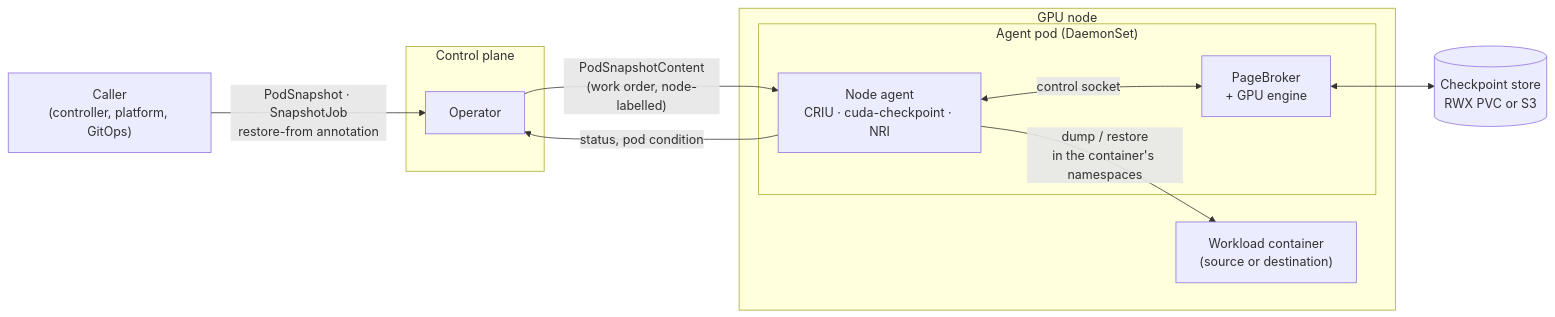
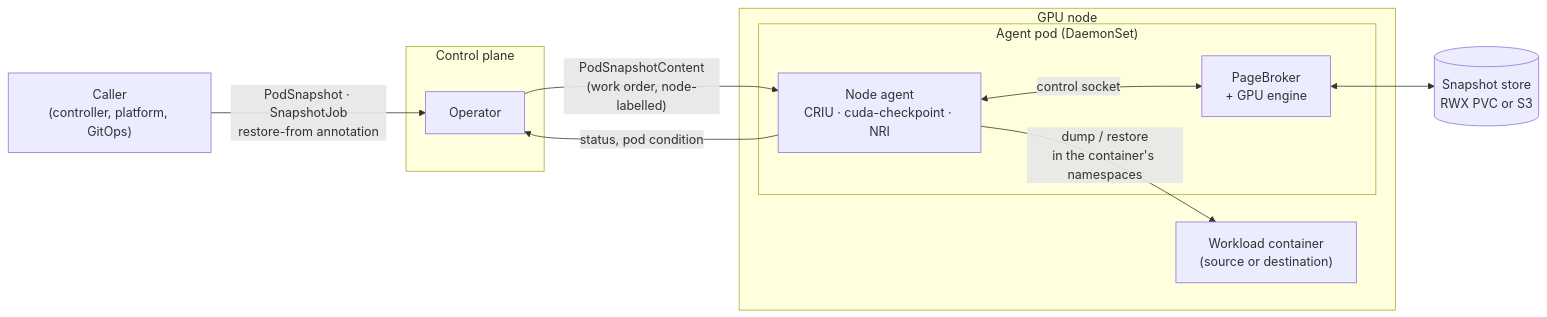
One commit to ai-dynamo/snapshot changed the first of 3 diagrams in docs/reference/architecture/README.md. Above: the diagram before and after it, drawn with Mermaid. The commit also changed other lines of this file and 56 other files, not shown here.

First line of the commit message:
docs: restructure the docs into the new information architecture

````diff
--- a/docs/reference/architecture/README.md
+++ b/docs/reference/architecture/README.md
@@ -33,22 +33,22 @@
 ```mermaid
 flowchart LR
   caller["Caller<br/>(controller, platform, GitOps)"]
   subgraph cp["Control plane"]
     op["Operator"]
   end
   subgraph node["GPU node"]
     subgraph agentpod["Agent pod (DaemonSet)"]
       agent["Node agent<br/>CRIU · cuda-checkpoint · NRI"]
       pb["PageBroker<br/>+ GPU engine"]
     end
     wl["Workload container<br/>(source or destination)"]
   end
-  store[("Checkpoint store<br/>RWX PVC or S3")]
+  store[("Snapshot store<br/>RWX PVC or S3")]
 
   caller -->|"PodSnapshot · SnapshotJob<br/>restore-from annotation"| op
   op -->|"PodSnapshotContent<br/>(work order, node-labelled)"| agent
   agent -->|"dump / restore<br/>in the container's namespaces"| wl
   agent <-->|"control socket"| pb
   pb <--> store
   agent -->|"status, pod condition"| op
 ```
````
